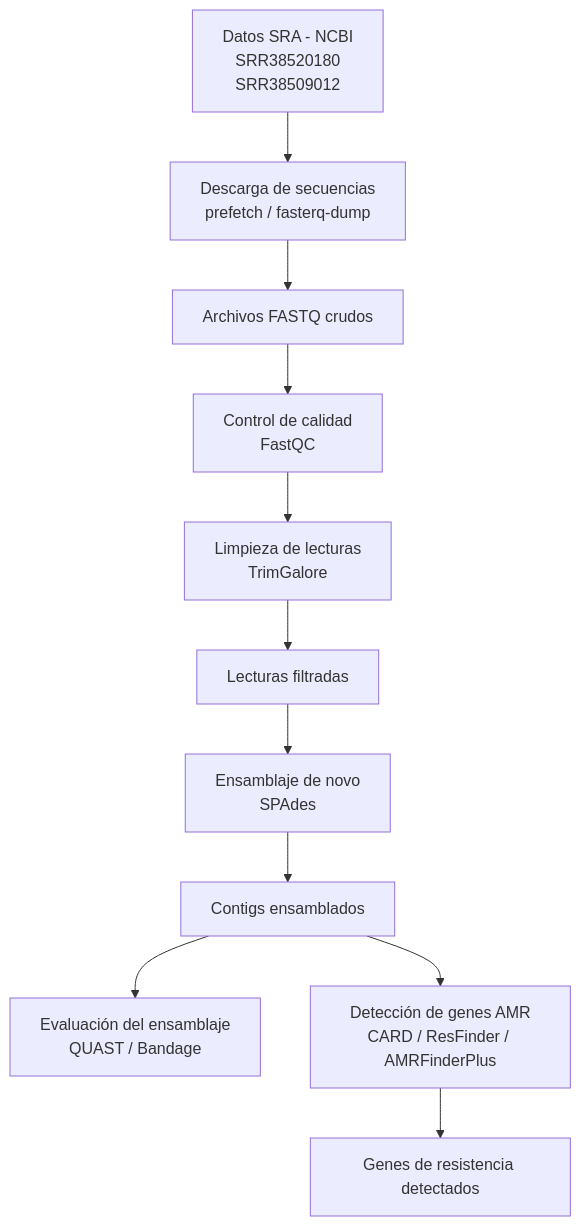
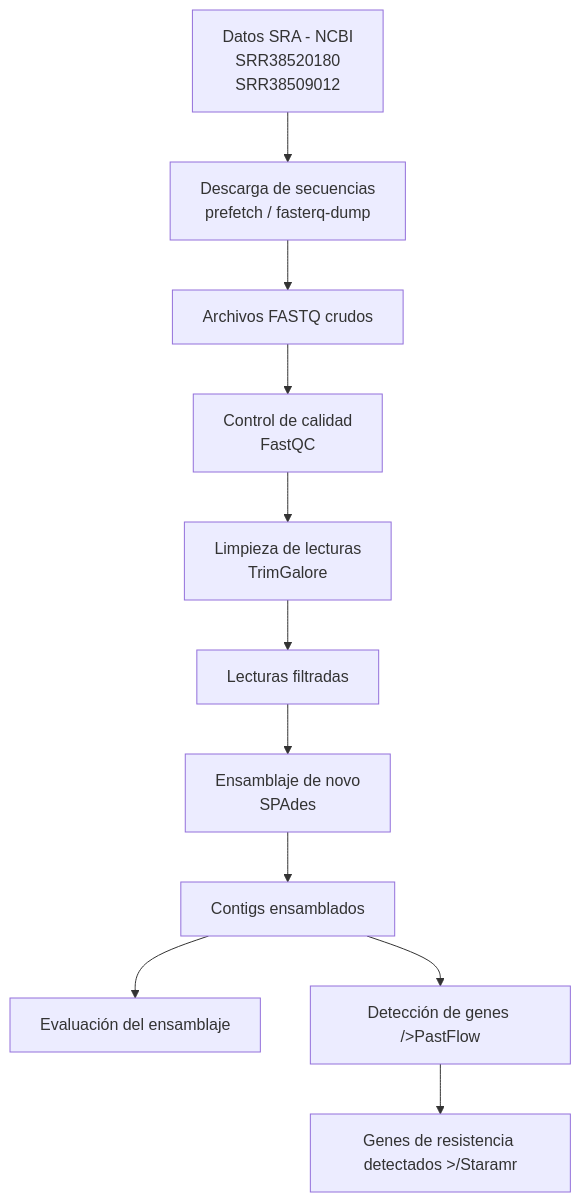
Before and after one commit to Gmorochoc3/MBM1: the diagram in README.md, drawn with Mermaid. The commit also changed other lines of this file, not shown here.

````diff
--- a/README.md
+++ b/README.md
@@ -63,24 +63,24 @@
 ```mermaid
 flowchart TD
 
 A[Datos SRA - NCBI<br/>SRR38520180<br/>SRR38509012] --> B[Descarga de secuencias<br/>prefetch / fasterq-dump]
 
 B --> C[Archivos FASTQ crudos]
 
 C --> D[Control de calidad<br/>FastQC]
 
 D --> E[Limpieza de lecturas<br/>TrimGalore]
 
 E --> F[Lecturas filtradas]
 
 F --> G[Ensamblaje de novo<br/>SPAdes]
 
 G --> H[Contigs ensamblados]
 
-H --> I[Evaluación del ensamblaje<br/>QUAST / Bandage]
+H --> I[Evaluación del ensamblaje]
 
-H --> J[Detección de genes AMR<br/>CARD / ResFinder / AMRFinderPlus]
+H --> J[Detección de genes />PastFlow ]
 
-J --> K[Genes de resistencia detectados]
+J --> K[Genes de resistencia detectados >/Staramr]
 
 ```
````
